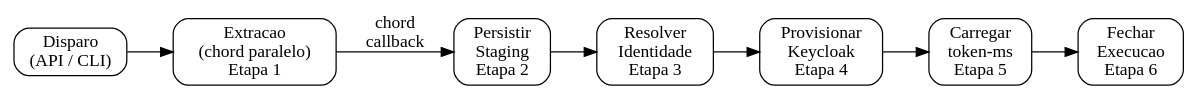
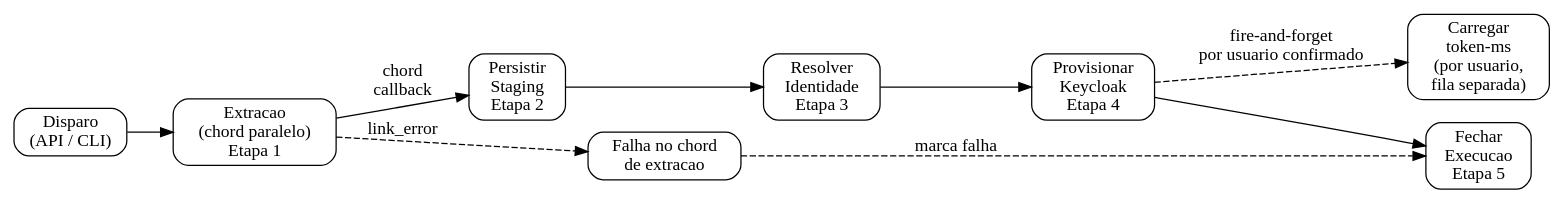
The diagram in docs/pipeline/index.md (prefeiturasp/SME-Identidade-ETL), drawn with Graphviz before and after one commit. The commit also changed other lines of this file and 18 other files, not shown here.

````diff
--- a/docs/pipeline/index.md
+++ b/docs/pipeline/index.md
@@ -25,21 +34,24 @@
 ```{graphviz}
 digraph G {
     rankdir=LR;
     node [shape=box, style="rounded"];
 
     DISP [label="Disparo\n(API / CLI)"];
     EXT  [label="Extracao\n(chord paralelo)\nEtapa 1"];
     STG  [label="Persistir\nStaging\nEtapa 2"];
     RES  [label="Resolver\nIdentidade\nEtapa 3"];
     KC   [label="Provisionar\nKeycloak\nEtapa 4"];
-    TMS  [label="Carregar\ntoken-ms\nEtapa 5"];
-    FIM  [label="Fechar\nExecucao\nEtapa 6"];
+    FIM  [label="Fechar\nExecucao\nEtapa 5"];
+    TMS  [label="Carregar\ntoken-ms\n(por usuario,\nfila separada)"];
+    ERR  [label="Falha no chord\nde extracao"];
 
     DISP -> EXT;
     EXT  -> STG [label="chord\ncallback"];
     STG  -> RES;
     RES  -> KC;
-    KC   -> TMS;
-    TMS  -> FIM;
+    KC   -> FIM;
+    KC   -> TMS [style=dashed, label="fire-and-forget\npor usuario confirmado"];
+    EXT  -> ERR [style=dashed, label="link_error"];
+    ERR  -> FIM [style=dashed, label="marca falha"];
 }
 ```
````
